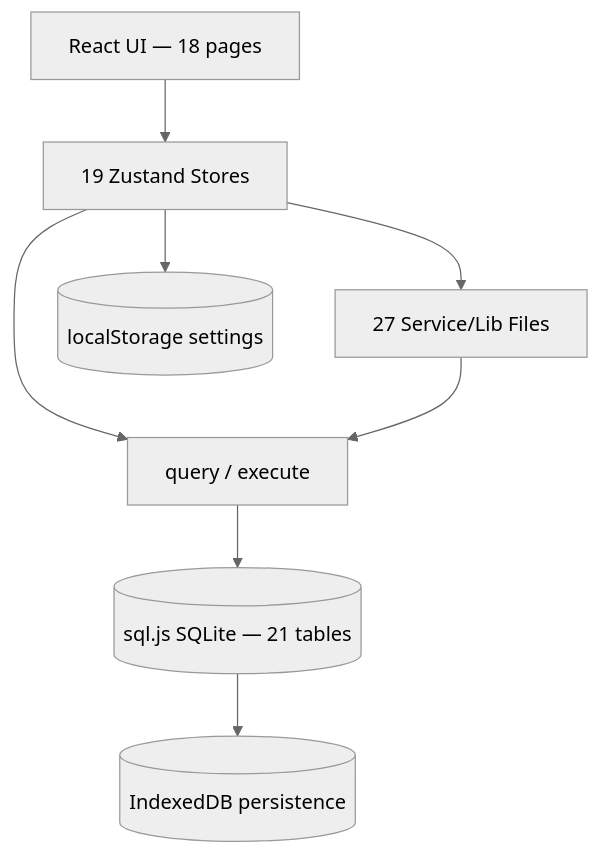
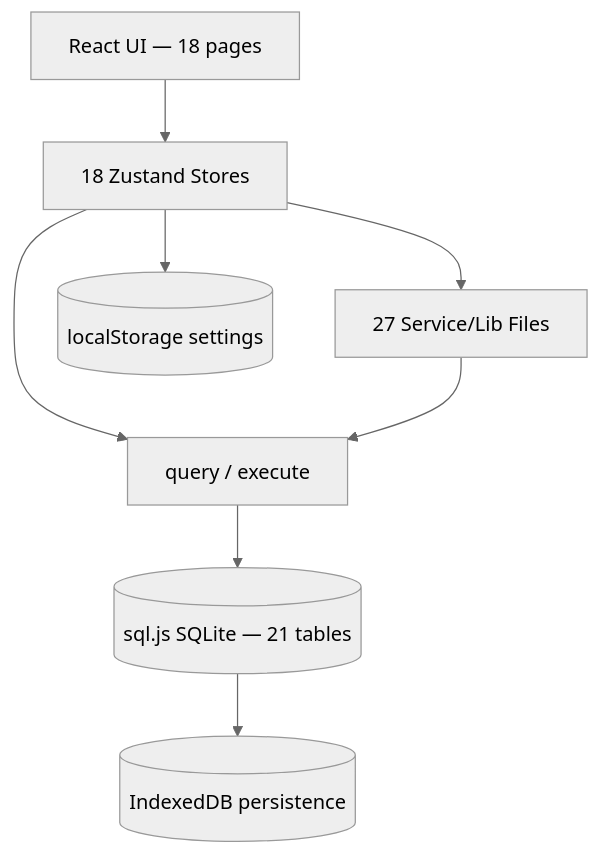
The diagram in docs/guides/ARCHITECTURE.md (g0dxn4/Shikin), drawn with Mermaid (neutral theme) before and after one commit. The commit also changed other lines of this file and 38 other files, not shown here.

````diff
--- a/docs/guides/ARCHITECTURE.md
+++ b/docs/guides/ARCHITECTURE.md
@@ -18,10 +18,10 @@
 ```mermaid
 graph TB
-    UI[React UI — 18 pages] --> ZS[19 Zustand Stores]
+    UI[React UI — 18 pages] --> ZS[18 Zustand Stores]
     ZS --> DBAPI[query / execute]
     ZS --> SVC[27 Service/Lib Files]
     SVC --> DBAPI
     DBAPI --> SQLJS[(sql.js SQLite — 21 tables)]
     SQLJS --> IDB[(IndexedDB persistence)]
     ZS --> LS[(localStorage settings)]
 ```
````
